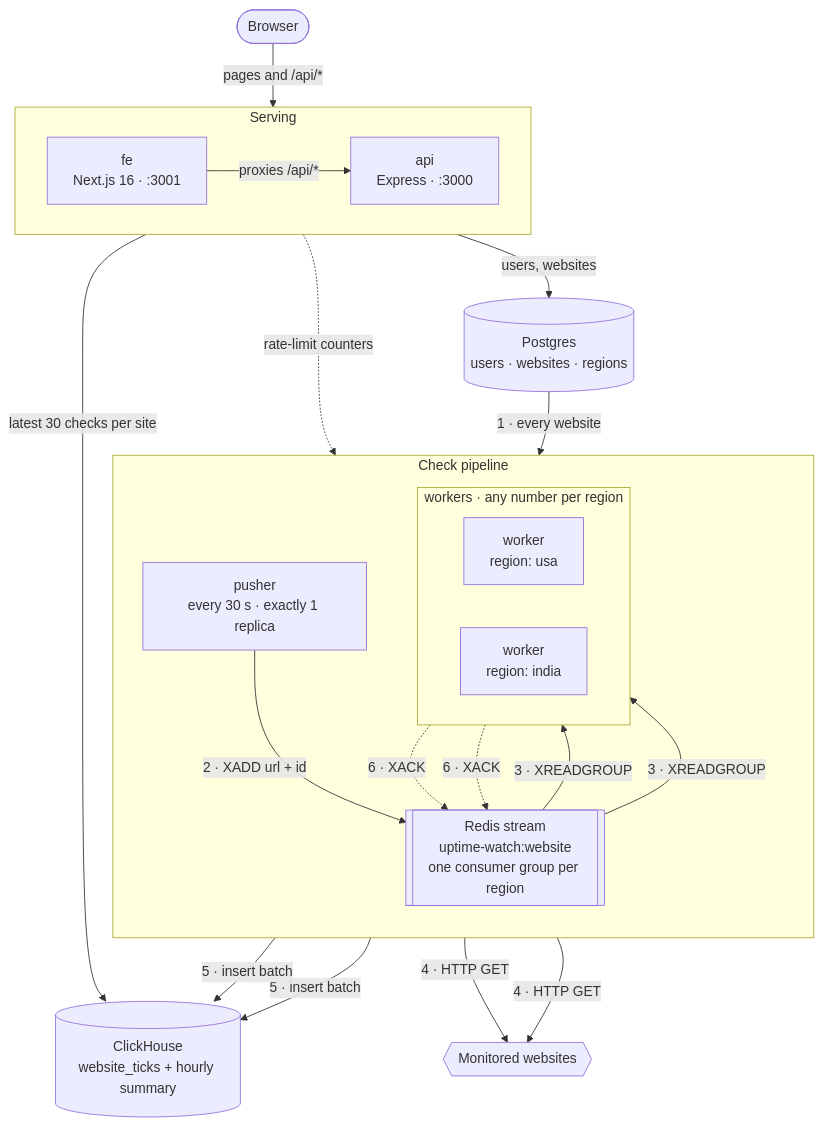
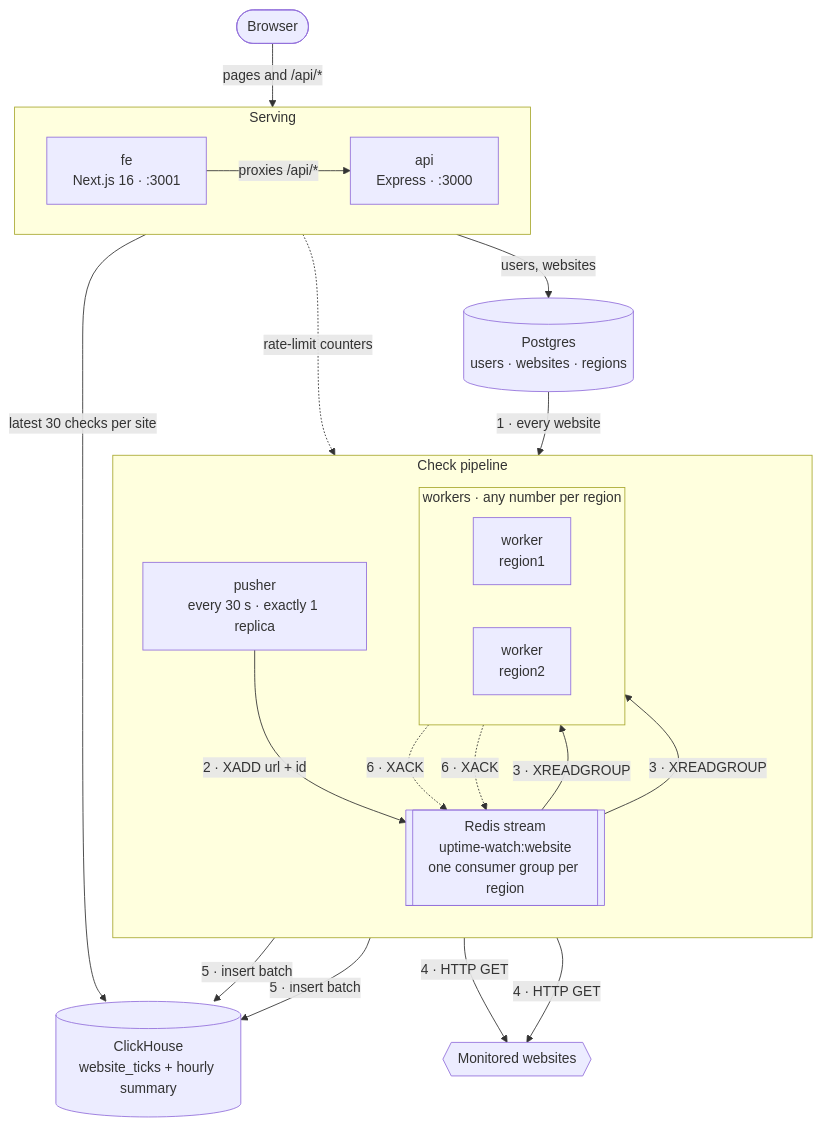
The first of 4 diagrams in README.md (MK-Sindhu/uptime-watch), drawn with Mermaid before and after one commit. The commit also changed other lines of this file and 20 other files, not shown here.

````diff
--- a/README.md
+++ b/README.md
@@ -25,43 +25,43 @@
 ```mermaid
 flowchart TB
     browser(["Browser"])
 
     subgraph serving["Serving"]
         direction LR
         fe["fe<br/>Next.js 16 · :3001"]
         api["api<br/>Express · :3000"]
     end
 
     pg[("Postgres<br/>users · websites · regions")]
 
     subgraph pipeline["Check pipeline"]
         direction TB
         pusher["pusher<br/>every 30 s · exactly 1 replica"]
         redis[["Redis stream<br/>uptime-watch:website<br/>one consumer group per region"]]
         subgraph workers["workers · any number per region"]
             direction LR
-            wusa["worker<br/>region: usa"]
-            wind["worker<br/>region: india"]
+            wr1["worker<br/>region1"]
+            wr2["worker<br/>region2"]
         end
     end
 
     ch[("ClickHouse<br/>website_ticks + hourly summary")]
     sites{{"Monitored websites"}}
 
     browser -->|"pages and /api/*"| fe
     fe -->|"proxies /api/*"| api
     api -->|"users, websites"| pg
     api -.->|"rate-limit counters"| redis
     api -->|"latest 30 checks per site"| ch
 
     pg -->|"1 · every website"| pusher
     pusher -->|"2 · XADD url + id"| redis
-    redis -->|"3 · XREADGROUP"| wusa
-    redis -->|"3 · XREADGROUP"| wind
-    wusa -->|"5 · insert batch"| ch
-    wind -->|"5 · insert batch"| ch
-    wusa -->|"4 · HTTP GET"| sites
-    wind -->|"4 · HTTP GET"| sites
-    wusa -.->|"6 · XACK"| redis
-    wind -.->|"6 · XACK"| redis
+    redis -->|"3 · XREADGROUP"| wr1
+    redis -->|"3 · XREADGROUP"| wr2
+    wr1 -->|"5 · insert batch"| ch
+    wr2 -->|"5 · insert batch"| ch
+    wr1 -->|"4 · HTTP GET"| sites
+    wr2 -->|"4 · HTTP GET"| sites
+    wr1 -.->|"6 · XACK"| redis
+    wr2 -.->|"6 · XACK"| redis
 ```
````
